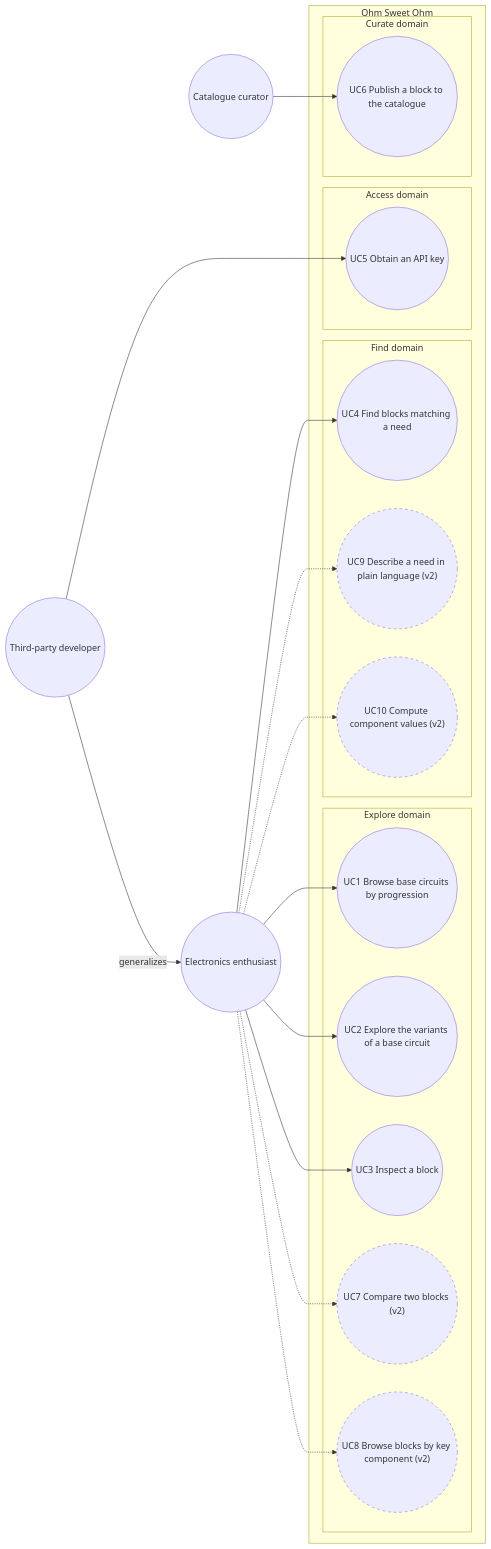
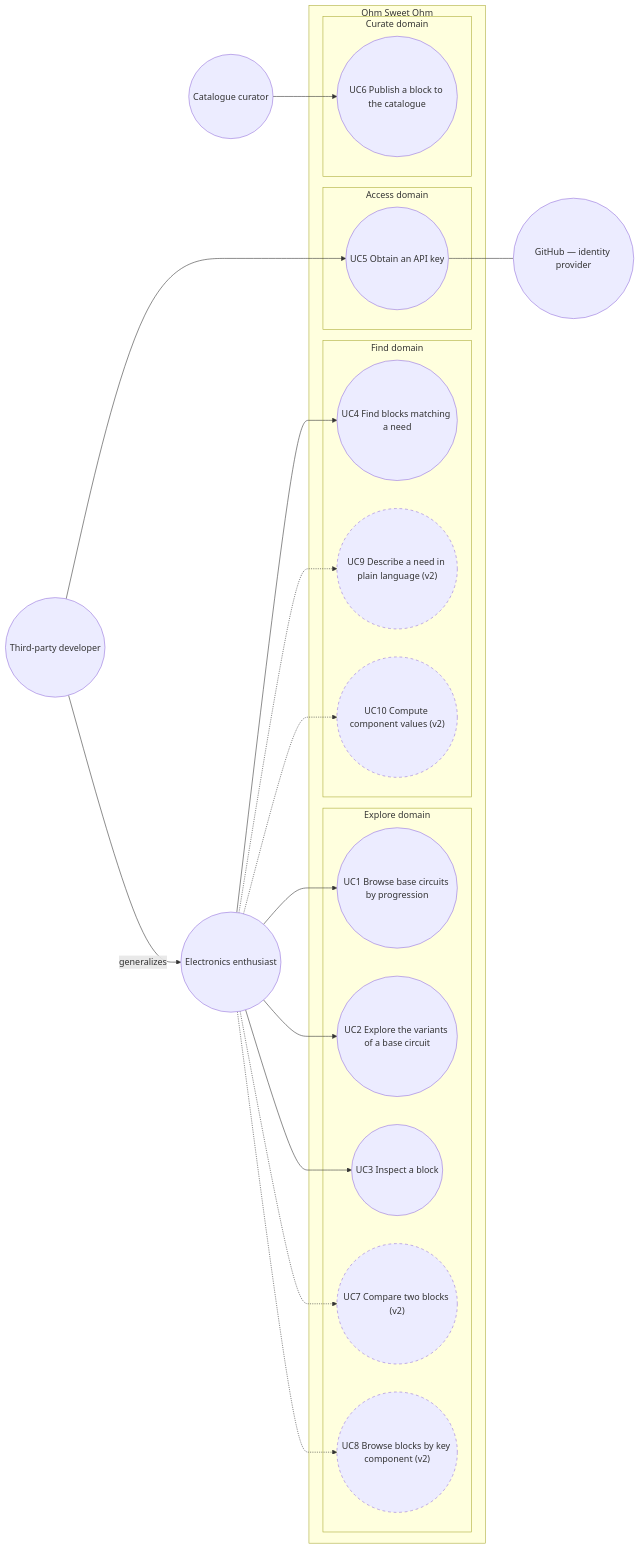
One commit to benoit-bremaud/ohm-sweet-ohm changed the diagram in docs/architecture/diagrams/catalogue/01-use-case.md. Above: the diagram before and after it, drawn with Mermaid. The commit also changed other lines of this file and 2 other files, not shown here.

First line of the commit message:
docs(uml): address PR #7 review round 2 (Copilot x2)

````diff
--- a/docs/architecture/diagrams/catalogue/01-use-case.md
+++ b/docs/architecture/diagrams/catalogue/01-use-case.md
@@ -16,42 +16,44 @@
 ```mermaid
 flowchart LR
   Enthusiast(("Electronics enthusiast"))
   Developer(("Third-party developer"))
   Curator(("Catalogue curator"))
+  GitHubIdP(("GitHub — identity provider"))
 
   subgraph SYSTEM ["Ohm Sweet Ohm"]
     subgraph Explore ["Explore domain"]
       UC1(("UC1 Browse base circuits by progression"))
       UC2(("UC2 Explore the variants of a base circuit"))
       UC3(("UC3 Inspect a block"))
       UC7(("UC7 Compare two blocks (v2)"))
       UC8(("UC8 Browse blocks by key component (v2)"))
     end
     subgraph Find ["Find domain"]
       UC4(("UC4 Find blocks matching a need"))
       UC9(("UC9 Describe a need in plain language (v2)"))
       UC10(("UC10 Compute component values (v2)"))
     end
     subgraph Access ["Access domain"]
       UC5(("UC5 Obtain an API key"))
     end
     subgraph Curate ["Curate domain"]
       UC6(("UC6 Publish a block to the catalogue"))
     end
   end
 
   Developer -->|"generalizes"| Enthusiast
   Enthusiast --> UC1
   Enthusiast --> UC2
   Enthusiast --> UC3
   Enthusiast --> UC4
   Enthusiast -.-> UC7
   Enthusiast -.-> UC8
   Enthusiast -.-> UC9
   Enthusiast -.-> UC10
   Developer --> UC5
+  UC5 --- GitHubIdP
   Curator --> UC6
 
   classDef planned stroke-dasharray: 5 5
   class UC7,UC8,UC9,UC10 planned
 ```
````
